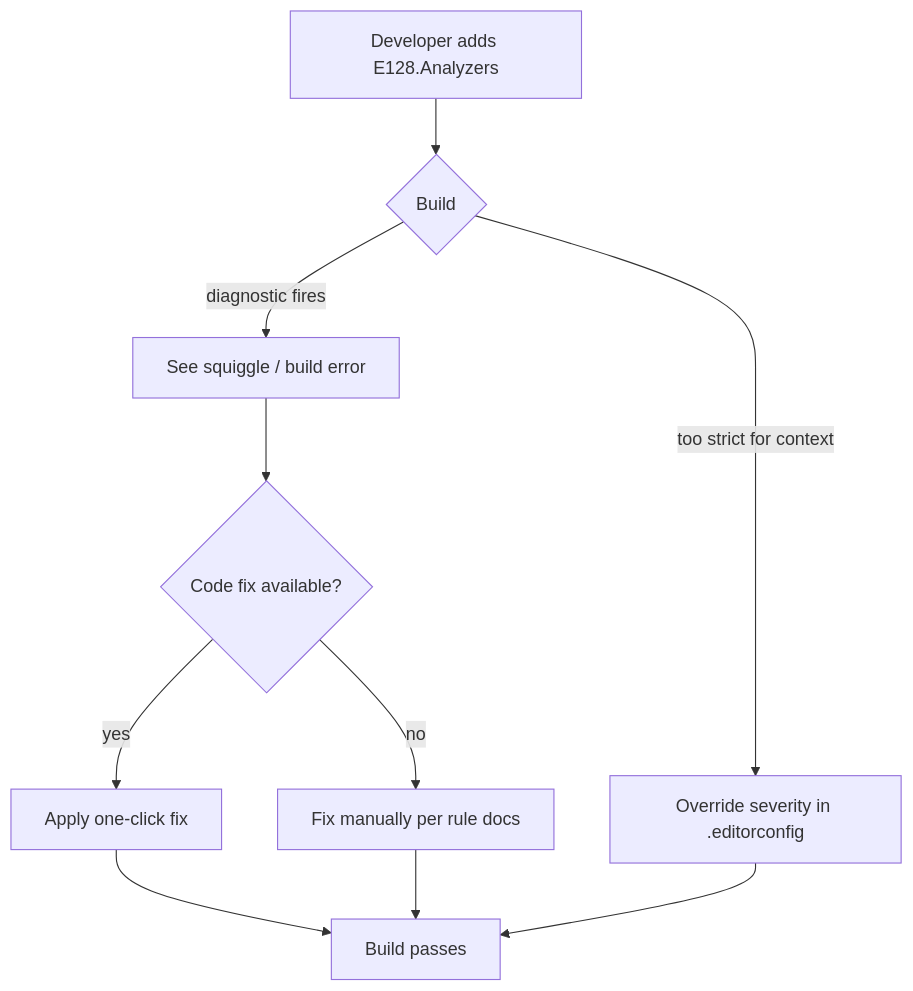
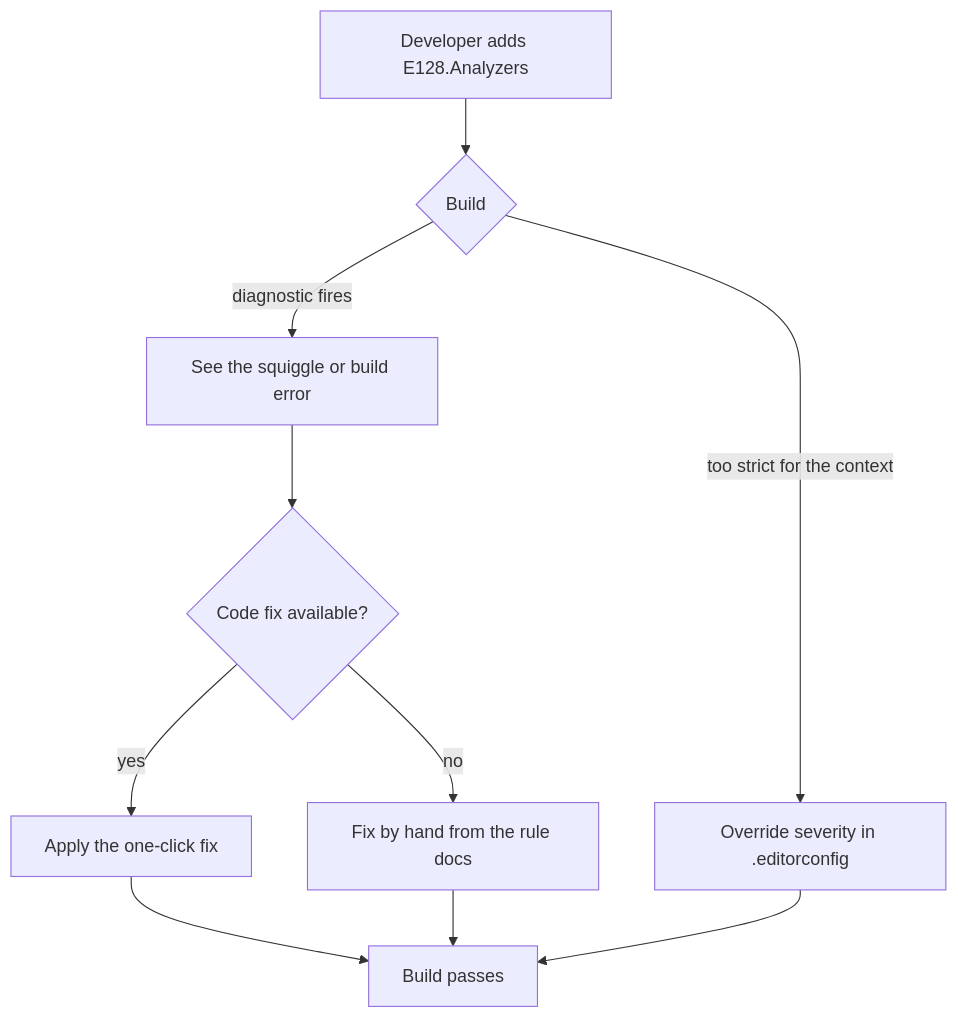
The second of 3 diagrams in docs/overview/product.md (e128/dotnet-reference), drawn with Mermaid before and after one commit. The commit also changed other lines of this file and 20 other files, not shown here.

````diff
--- a/docs/overview/product.md
+++ b/docs/overview/product.md
@@ -64,12 +67,12 @@
 ```mermaid
 flowchart TD
   A[Developer adds E128.Analyzers] --> B{Build}
-  B -->|diagnostic fires| C[See squiggle / build error]
+  B -->|diagnostic fires| C[See the squiggle or build error]
   C --> D{Code fix available?}
-  D -->|yes| E[Apply one-click fix]
-  D -->|no| F[Fix manually per rule docs]
+  D -->|yes| E[Apply the one-click fix]
+  D -->|no| F[Fix by hand from the rule docs]
   E --> G[Build passes]
   F --> G
-  B -->|too strict for context| H[Override severity in .editorconfig]
+  B -->|too strict for the context| H[Override severity in .editorconfig]
   H --> G
 ```
````
